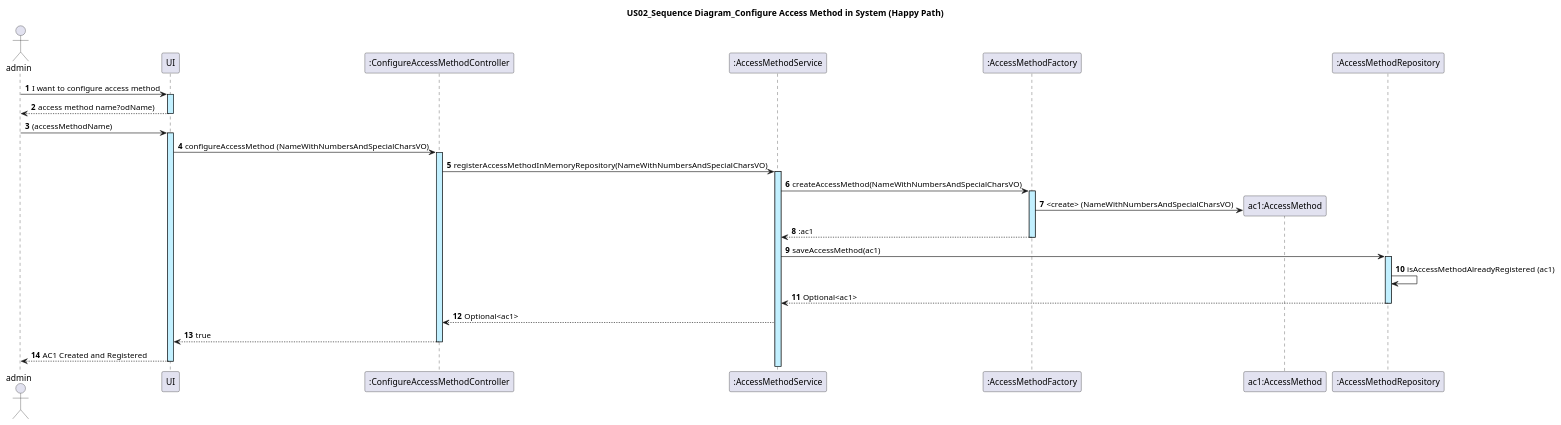
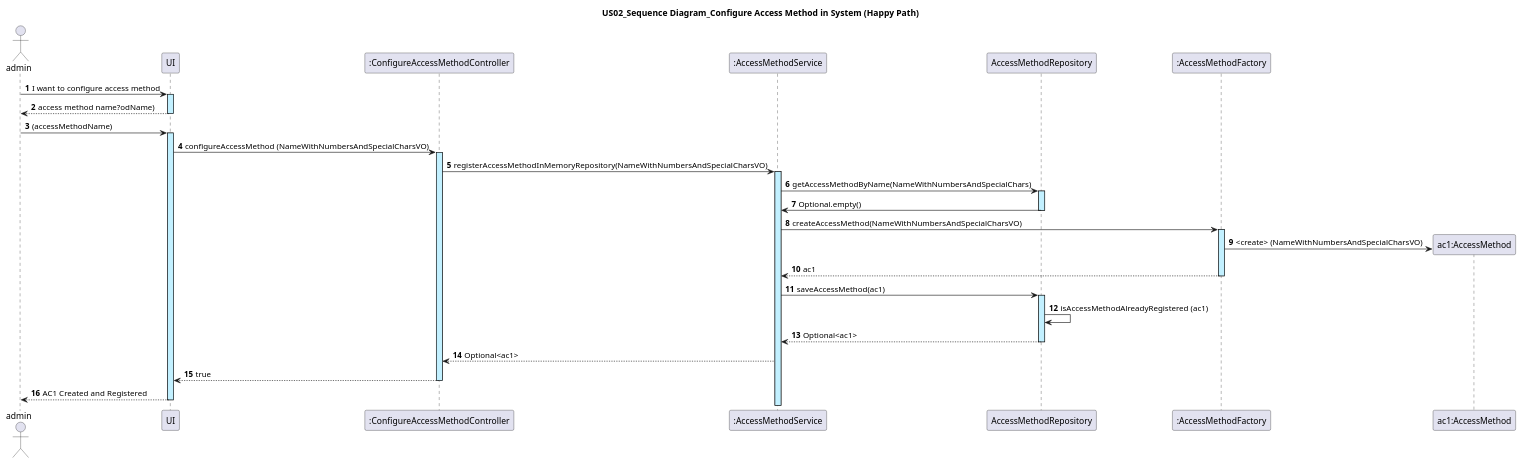
One commit to GasparISEP/DevOps-PAI changed the diagram in docs/US02/US02_ConfigureAccessMethod_SequenceDiagram.puml. Above: the diagram before and after it, drawn with PlantUML. The commit also changed 1 other file, not shown here.

Commit message:
Update Sequence Diagrams of Memory Repository approach and JPA Approach for better modularity. refs #299

```diff
--- a/docs/US02/US02_ConfigureAccessMethod_SequenceDiagram.puml
+++ b/docs/US02/US02_ConfigureAccessMethod_SequenceDiagram.puml
@@ -1,27 +1,29 @@
 @startuml
 actor admin
 autonumber
 
 title: US02_Sequence Diagram_Configure Access Method in System (Happy Path)
 
 admin -> UI ++ #application : I want to configure access method
 UI --> admin -- : access method name?odName)
 admin -> UI ++ #application :(accessMethodName)
 UI -> ":ConfigureAccessMethodController" as ConfigureAccessMethodController ++ #application : configureAccessMethod (NameWithNumbersAndSpecialCharsVO)
 ConfigureAccessMethodController -> ":AccessMethodService" ++ #application: registerAccessMethodInMemoryRepository(NameWithNumbersAndSpecialCharsVO)
 
+":AccessMethodService" -> AccessMethodRepository ++ #application:  getAccessMethodByName(NameWithNumbersAndSpecialChars)
+AccessMethodRepository -> ":AccessMethodService" --: Optional.empty()
 ":AccessMethodService" -> ":AccessMethodFactory" as AccessMethodFactory ++ #application : createAccessMethod(NameWithNumbersAndSpecialCharsVO)
 create "ac1:AccessMethod" as AccessMethod
 AccessMethodFactory -> AccessMethod  #application  : <create> (NameWithNumbersAndSpecialCharsVO)
-AccessMethodFactory --> ":AccessMethodService" -- : :ac1
+AccessMethodFactory --> ":AccessMethodService" -- : ac1
 
 ":AccessMethodService" -> ":AccessMethodRepository" as AccessMethodRepository ++ #application : saveAccessMethod(ac1)
 
 AccessMethodRepository -> AccessMethodRepository : isAccessMethodAlreadyRegistered (ac1)
 
 AccessMethodRepository --> ":AccessMethodService" --:  Optional<ac1>
 
 ":AccessMethodService" --> ConfigureAccessMethodController: Optional<ac1>
 ConfigureAccessMethodController --> UI --: true
 UI --> admin --: AC1 Created and Registered
 @enduml
```
